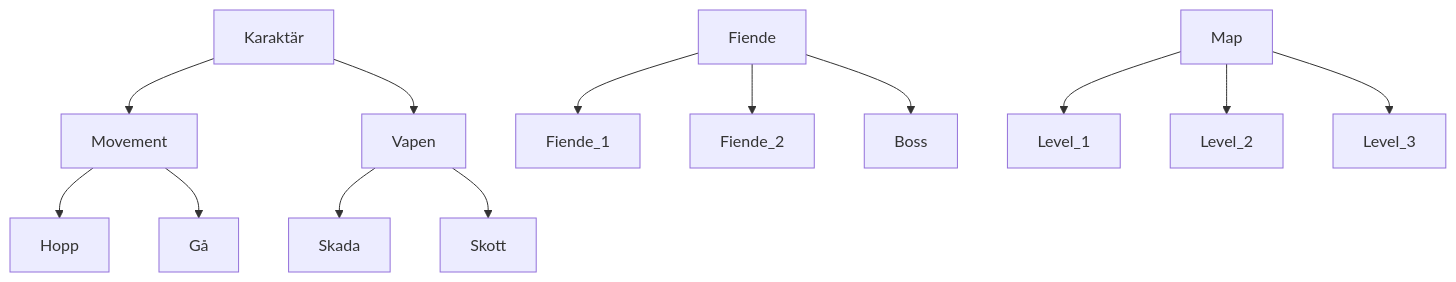
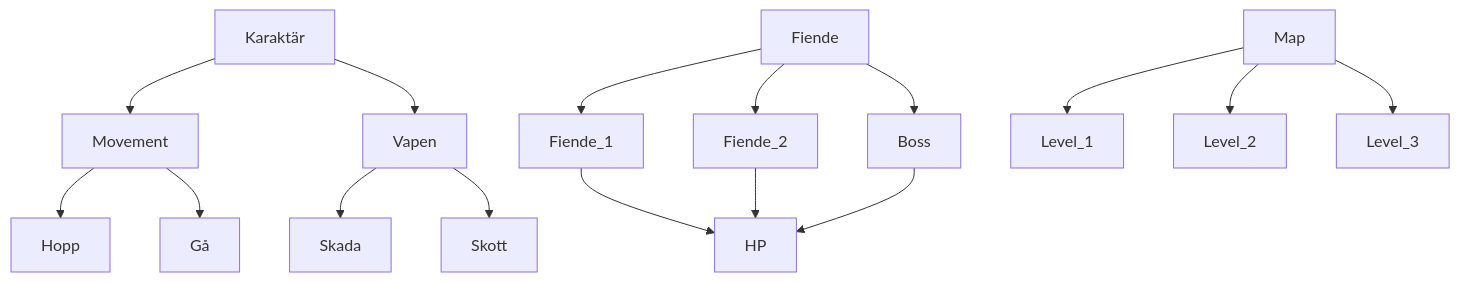
The diagram in Dokumentation/Start.mmd (WilleGyr/Project-Intro-Ingenjorsarbete), drawn with Mermaid before and after one commit.

```diff
--- a/Dokumentation/Start.mmd
+++ b/Dokumentation/Start.mmd
@@ -1,18 +1,24 @@
 graph TD
 
 Karaktär --> Movement
 Karaktär --> Vapen
 
 Vapen --> Skada
 Vapen --> Skott
 
 Movement --> Hopp
 Movement --> Gå
 
 Fiende --> Fiende_1
 Fiende --> Fiende_2
 Fiende --> Boss
 
+Fiende_1 --> HP
+
+Fiende_2 --> HP
+
+Boss --> HP
+
 Map --> Level_1
 Map --> Level_2
 Map --> Level_3
```
